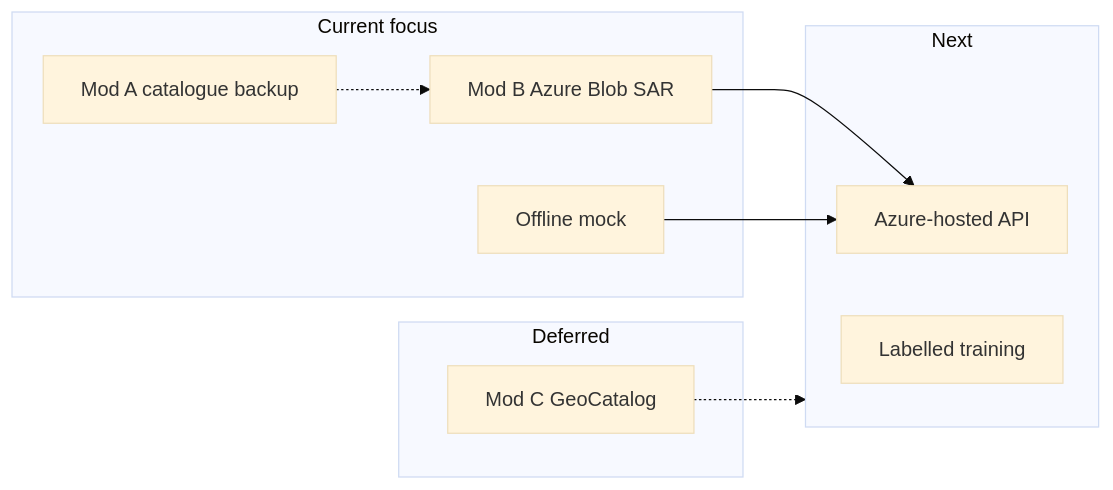
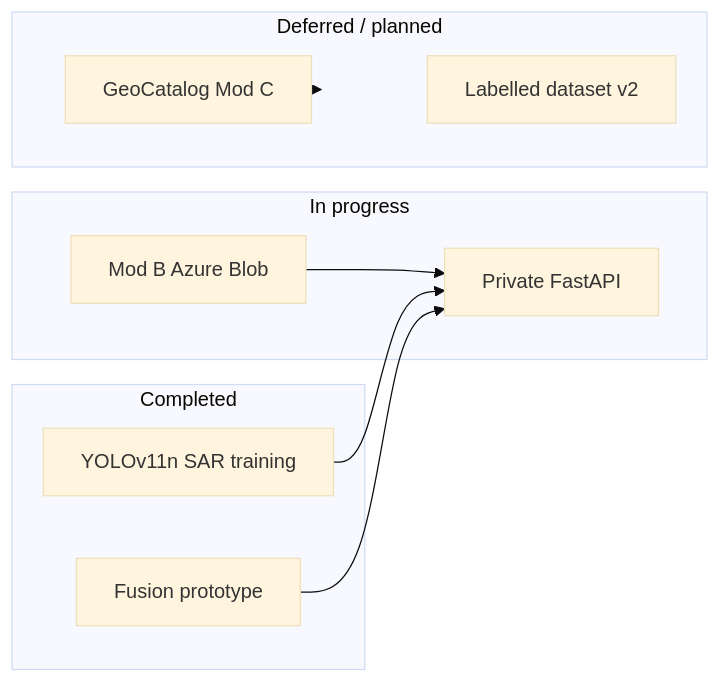
Before and after one commit to Abisat5/Sar-geoprocessing-platform-public: the diagram in README.md, drawn with Mermaid (base theme). The commit also changed other lines of this file and 3 other files, not shown here.

Commit message:
docs: add YOLOv11 SAR training metrics and visual verification

````diff
--- a/README.md
+++ b/README.md
@@ -281,19 +261,19 @@
 ```mermaid
 flowchart LR
-  subgraph now [Current focus]
-    B[Mod B Azure Blob SAR]
-    OFF[Offline mock]
-    A[Mod A catalogue backup]
+  subgraph done [Completed]
+    YOLO[YOLOv11n SAR training]
+    FUS[Fusion prototype]
   end
-  subgraph deferred [Deferred]
-    C[Mod C GeoCatalog]
+  subgraph now [In progress]
+    B[Mod B Azure Blob]
+    API[Private FastAPI]
   end
-  subgraph next [Next]
-    AZ[Azure-hosted API]
-    ML[Labelled training]
+  subgraph later [Deferred / planned]
+    C[GeoCatalog Mod C]
+    ML[Labelled dataset v2]
   end
-  B --> AZ
-  OFF --> AZ
-  A -.-> B
-  C -.-> next
+  YOLO --> API
+  B --> API
+  FUS --> API
+  C -.-> later
 ```
````
